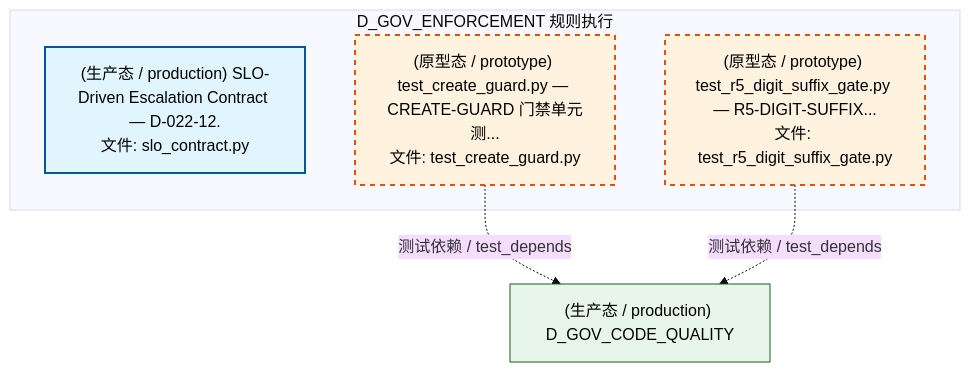
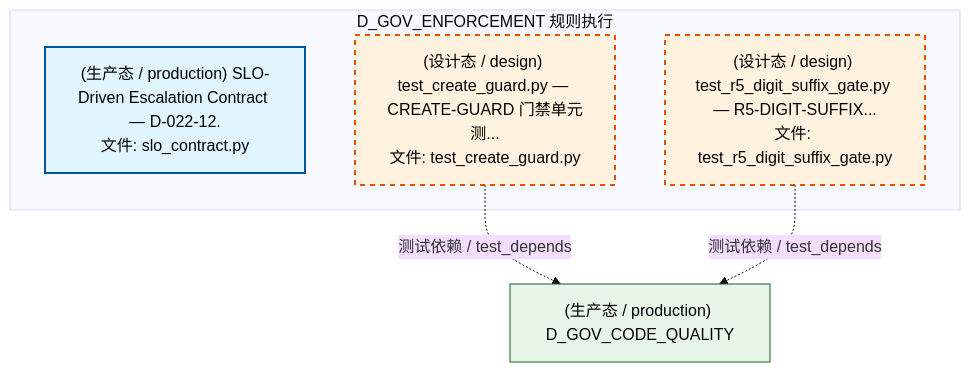
Before and after one commit to xuanFelixVan/ZephyrAlpha: the second of 5 diagrams in docs/02_enterprise_architecture/02_domain_architecture_docs/42_d_gov_enforcement.md, drawn with Mermaid (base theme). The commit also changed other lines of this file and 177 other files, not shown here.

````diff
--- a/docs/02_enterprise_architecture/02_domain_architecture_docs/42_d_gov_enforcement.md
+++ b/docs/02_enterprise_architecture/02_domain_architecture_docs/42_d_gov_enforcement.md
@@ -291,18 +290,18 @@
 ```mermaid
 graph TD
     subgraph D_GOV_ENFORCEMENT["D_GOV_ENFORCEMENT 规则执行"]
         src_zephyr_gov_enforcement_rule_enforcement_slo_contract_py["(生产态 / production) SLO-Driven Escalation Contract — D-022-12.<br/>文件: slo_contract.py"]
-        tests_governance_commit_gates_test_create_guard_py["(原型态 / prototype) test_create_guard.py — CREATE-GUARD 门禁单元测...<br/>文件: test_create_guard.py"]
-        tests_governance_commit_gates_test_r5_digit_suffix_gate_py["(原型态 / prototype) test_r5_digit_suffix_gate.py — R5-DIGIT-SUFFIX...<br/>文件: test_r5_digit_suffix_gate.py"]
+        tests_governance_commit_gates_test_create_guard_py["(设计态 / design) test_create_guard.py — CREATE-GUARD 门禁单元测...<br/>文件: test_create_guard.py"]
+        tests_governance_commit_gates_test_r5_digit_suffix_gate_py["(设计态 / design) test_r5_digit_suffix_gate.py — R5-DIGIT-SUFFIX...<br/>文件: test_r5_digit_suffix_gate.py"]
     end
     D_GOV_CODE_QUALITY["(生产态 / production) D_GOV_CODE_QUALITY"]
     tests_governance_commit_gates_test_create_guard_py -.->|测试依赖 / test_depends| D_GOV_CODE_QUALITY
     tests_governance_commit_gates_test_r5_digit_suffix_gate_py -.->|测试依赖 / test_depends| D_GOV_CODE_QUALITY
     classDef production fill:#e1f5fe,stroke:#01579b,stroke-width:2px,color:#000
     classDef design fill:#fff3e0,stroke:#e65100,stroke-width:2px,color:#000,stroke-dasharray: 5 5
     classDef external_prod fill:#e8f5e9,stroke:#1b5e20,stroke-width:1px,color:#000
     classDef external_design fill:#fce4ec,stroke:#880e4f,stroke-width:1px,color:#000,stroke-dasharray: 5 5
     class src_zephyr_gov_enforcement_rule_enforcement_slo_contract_py production
     class tests_governance_commit_gates_test_create_guard_py,tests_governance_commit_gates_test_r5_digit_suffix_gate_py design
     class D_GOV_CODE_QUALITY external_prod
 ```
````
